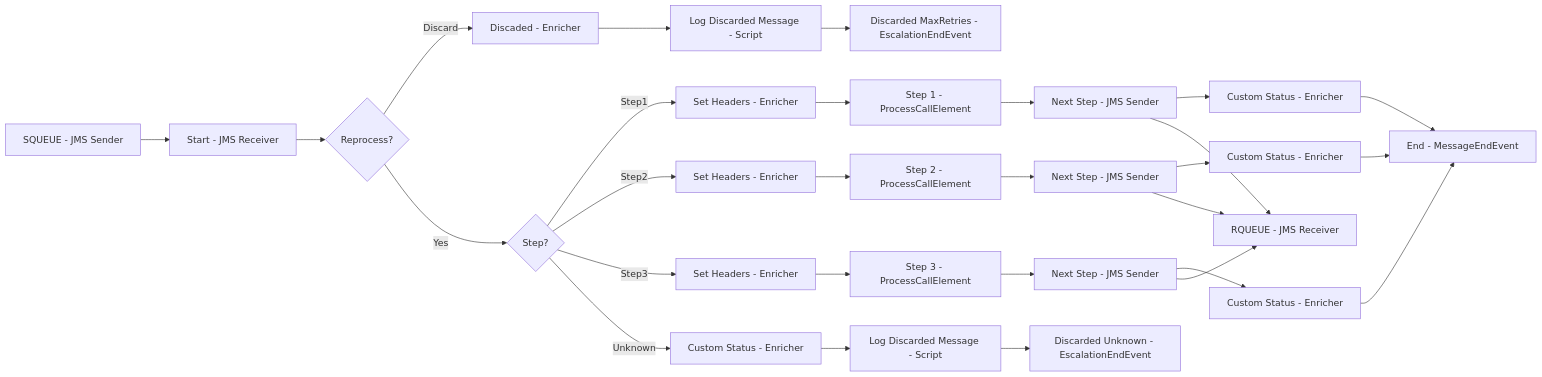
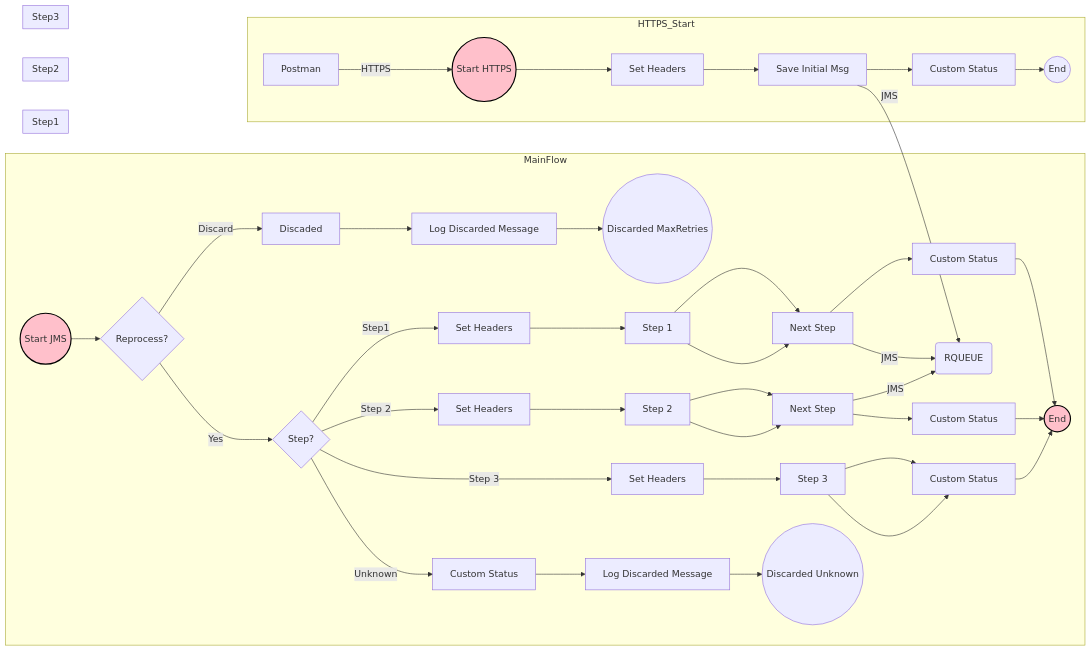
The diagram in MMZ - Cell Iflows/SEDA_Model_-_Single_Queue_-_Restart_and_Discard_MMZ-1.0.0/readme.md (Avvale-IA-CICD/AvvaleCPI), drawn with Mermaid before and after one commit. The commit also changed other lines of this file, not shown here.

Commit message:
Add/update documentation for SEDA_Model_-_Single_Queue_-_Restart_and_Discard_MMZ v1.0.0

````diff
--- a/MMZ - Cell Iflows/SEDA_Model_-_Single_Queue_-_Restart_and_Discard_MMZ-1.0.0/readme.md
+++ b/MMZ - Cell Iflows/SEDA_Model_-_Single_Queue_-_Restart_and_Discard_MMZ-1.0.0/readme.md
@@ -4,30 +4,58 @@
 ```mermaid
 graph LR
-    SQUEUE[SQUEUE - JMS Sender] --> StartEvent[Start - JMS Receiver]
-    StartEvent --> ReprocessCheck{Reprocess?}
-    ReprocessCheck -- Discard --> DiscardedStatus[Discaded - Enricher]
-    DiscardedStatus --> LogDiscardedMaxRetries[Log Discarded Message - Script]
-    LogDiscardedMaxRetries --> DiscardedMaxRetries[Discarded MaxRetries - EscalationEndEvent]
-    ReprocessCheck -- Yes --> StepCheck{Step?}
-    StepCheck -- Step1 --> SetHeadersStep1[Set Headers - Enricher]
-    StepCheck -- Step2 --> SetHeadersStep2[Set Headers - Enricher]
-    StepCheck -- Step3 --> SetHeadersStep3[Set Headers - Enricher]
-    StepCheck -- Unknown --> DiscardedStatusUnknown[Custom Status - Enricher]
-    DiscardedStatusUnknown --> LogDiscardedMessage[Log Discarded Message - Script]
-    LogDiscardedMessage --> DiscardedUnknown[Discarded Unknown - EscalationEndEvent]
-    SetHeadersStep1 --> Step1[Step 1 - ProcessCallElement]
-    SetHeadersStep2 --> Step2[Step 2 - ProcessCallElement]
-    SetHeadersStep3 --> Step3[Step 3 - ProcessCallElement]
-    Step1 --> NextStep1[Next Step - JMS Sender]
-    Step2 --> NextStep2[Next Step - JMS Sender]
-    Step3 --> NextStep3[Next Step - JMS Sender]
-    NextStep1 --> Step1Completed[Custom Status - Enricher]
-    NextStep2 --> Step2Completed[Custom Status - Enricher]
-    NextStep3 --> Step3Completed[Custom Status - Enricher]
-    Step1Completed --> EndEvent[End - MessageEndEvent]
-    Step2Completed --> EndEvent
-    Step3Completed --> EndEvent
-    NextStep1 --> RQUEUE[RQUEUE - JMS Receiver]
-    NextStep2 --> RQUEUE
-    NextStep3 --> RQUEUE
+    subgraph MainFlow
+    style StartEvent_2 fill:pink,stroke:black,stroke-width:2px
+    style EndEvent_2 fill:pink,stroke:black,stroke-width:2px
+
+    StartEvent_2((Start JMS)) --> ExclusiveGateway_9098{Reprocess?}
+    ExclusiveGateway_9098 -- Yes --> ExclusiveGateway_12{Step?}
+    ExclusiveGateway_9098 -- Discard --> CallActivity_9101[Discaded]
+    CallActivity_9101 --> CallActivity_12079775[Log Discarded Message]
+    CallActivity_12079775 --> EndEvent_9104((Discarded MaxRetries))
+
+    ExclusiveGateway_12 -- Step1 --> CallActivity_12079818[Set Headers]
+    CallActivity_12079818 --> CallActivity_15[Step 1]
+    CallActivity_15 --> ServiceTask_56[Next Step]
+    ServiceTask_56 --> CallActivity_9071[Custom Status]
+    CallActivity_9071 --> EndEvent_2((End))
+    ServiceTask_56 -- JMS --> RQUEUE(RQUEUE)
+
+    ExclusiveGateway_12 -- Step 2 --> CallActivity_12079821[Set Headers]
+    CallActivity_12079821 --> CallActivity_18[Step 2]
+    CallActivity_18 --> ServiceTask_9069[Next Step]
+    ServiceTask_9069 --> CallActivity_9077[Custom Status]
+    CallActivity_9077 --> EndEvent_2((End))
+    ServiceTask_9069 -- JMS --> RQUEUE(RQUEUE)
+
+    ExclusiveGateway_12 -- Step 3 --> CallActivity_12079824[Set Headers]
+    CallActivity_12079824 --> CallActivity_21[Step 3]
+    CallActivity_21 --> CallActivity_9074[Custom Status]
+    CallActivity_9074 --> EndEvent_2((End))
+
+    ExclusiveGateway_12 -- Unknown --> CallActivity_20[Custom Status]
+    CallActivity_20 --> CallActivity_12079827[Log Discarded Message]
+    CallActivity_12079827 --> EndEvent_12079826((Discarded Unknown))
+    end
+
+    subgraph Step1
+    CallActivity_15 --> ServiceTask_56
+    end
+
+    subgraph Step2
+    CallActivity_18 --> ServiceTask_9069
+    end
+
+    subgraph Step3
+    CallActivity_21 --> CallActivity_9074
+    end
+
+    subgraph HTTPS_Start
+    style StartEvent_12079806 fill:pink,stroke:black,stroke-width:2px
+    Postman[Postman] -- HTTPS --> StartEvent_12079806((Start HTTPS))
+    StartEvent_12079806 --> CallActivity_9054[Set Headers]
+    CallActivity_9054 --> ServiceTask_9058[Save Initial Msg]
+    ServiceTask_9058 --> CallActivity_9062[Custom Status]
+    CallActivity_9062 --> EndEvent_9052((End))
+    ServiceTask_9058 -- JMS --> RQUEUE(RQUEUE)
+    end
 ```
````
